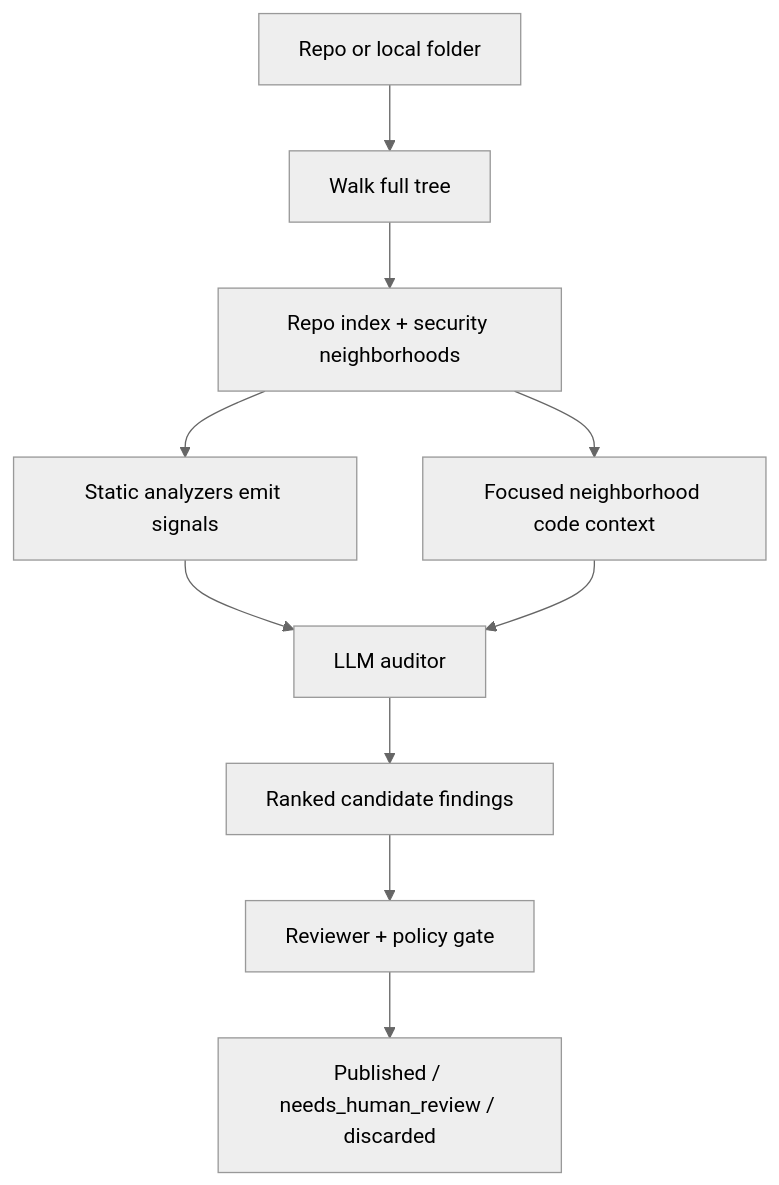
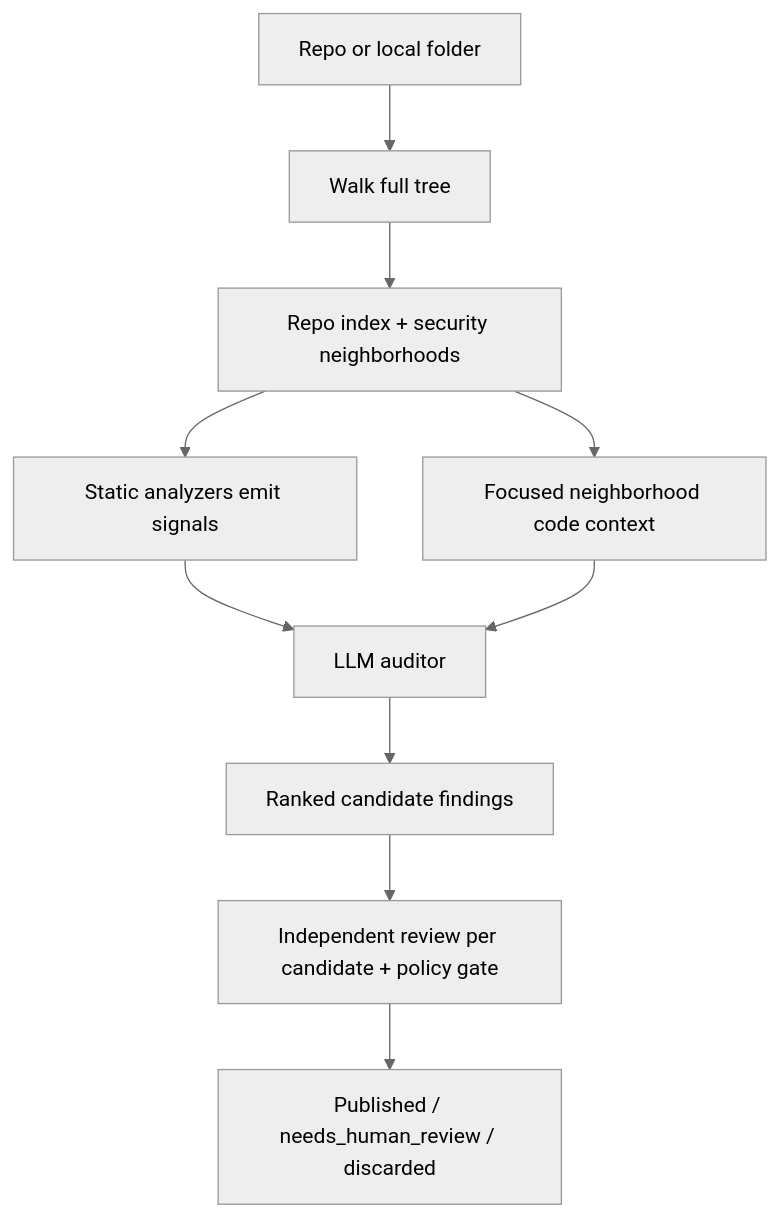
Before and after one commit to blaqjeff/VigilanceOS: the first of 2 diagrams in DEEP_AUDITOR_PIVOT.md, drawn with Mermaid (neutral theme). The commit also changed other lines of this file and 9 other files, not shown here.

Commit message:
Review findings per candidate and derive aggregate verdict

````diff
--- a/DEEP_AUDITOR_PIVOT.md
+++ b/DEEP_AUDITOR_PIVOT.md
@@ -48,12 +48,12 @@
 ```mermaid
 flowchart TD
     A["Repo or local folder"] --> B["Walk full tree"]
     B --> C["Repo index + security neighborhoods"]
     C --> D["Static analyzers emit signals"]
     C --> E["Focused neighborhood code context"]
     D --> F["LLM auditor"]
     E --> F
     F --> G["Ranked candidate findings"]
-    G --> H["Reviewer + policy gate"]
+    G --> H["Independent review per candidate + policy gate"]
     H --> I["Published / needs_human_review / discarded"]
 ```
````
